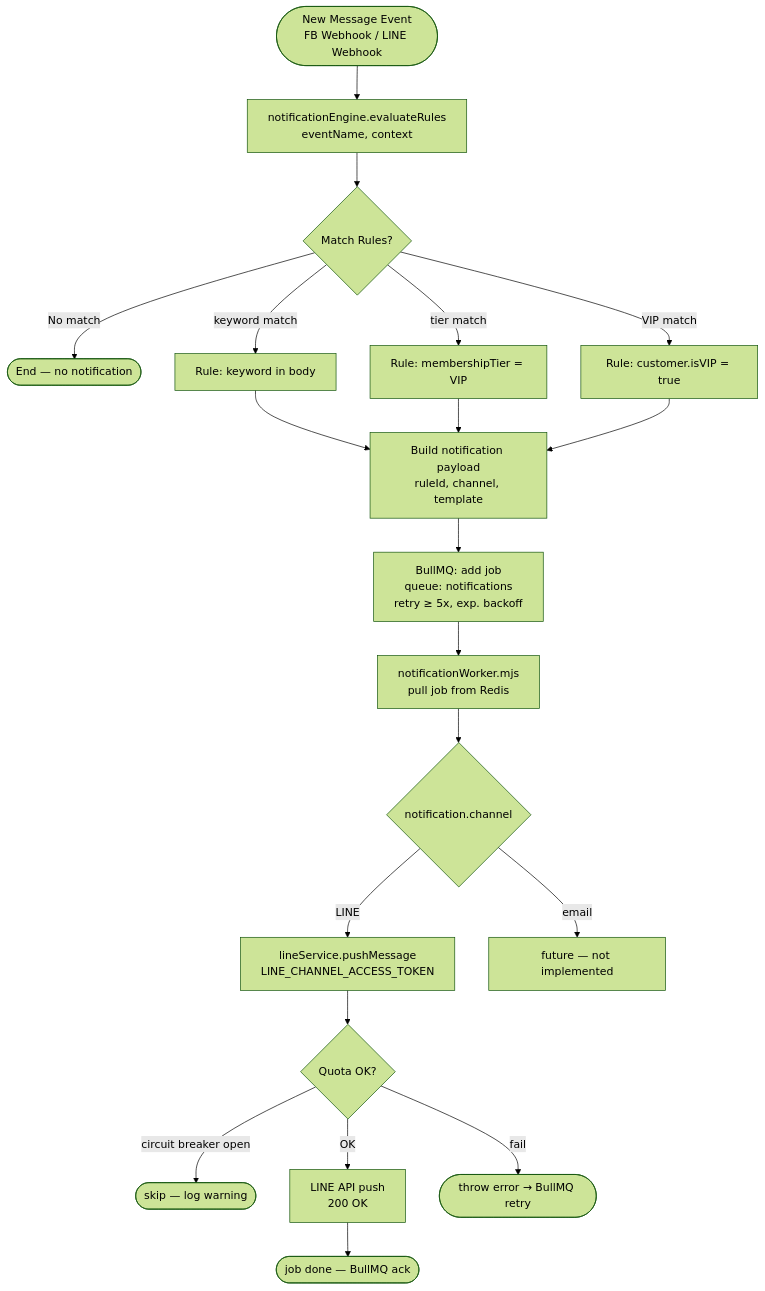
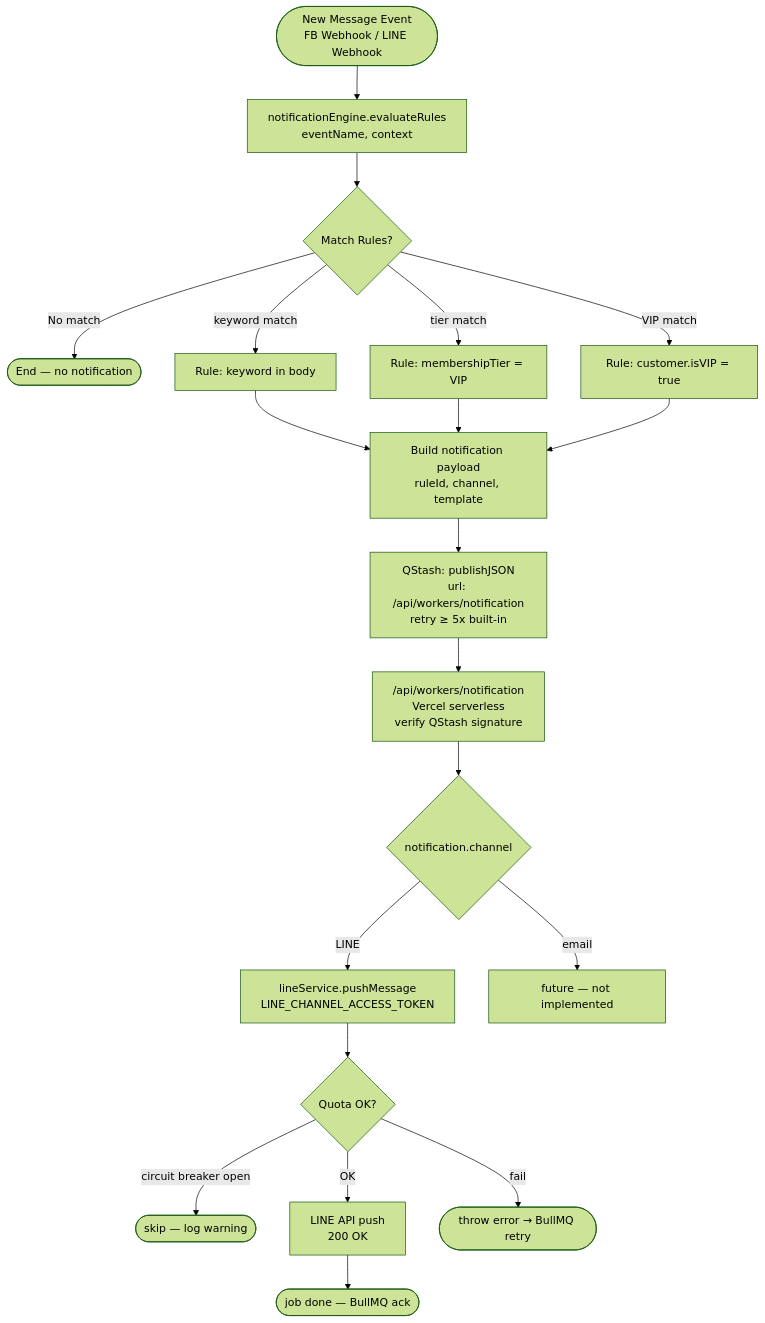
Before and after one commit to Freshair129/crmapp: the third of 10 diagrams in docs/architecture/domain-flows.md, drawn with Mermaid (forest theme). The commit also changed other lines of this file and 97 other files, not shown here.

````diff
--- a/docs/architecture/domain-flows.md
+++ b/docs/architecture/domain-flows.md
@@ -90,27 +91,27 @@
 ```mermaid
 flowchart TD
     A(["New Message Event<br/>FB Webhook / LINE Webhook"]) --> B["notificationEngine.evaluateRules<br/>eventName, context"]
 
     B --> C{Match Rules?}
     C -- No match --> D([End — no notification])
 
     C -- keyword match --> E[Rule: keyword in body]
     C -- tier match --> F[Rule: membershipTier = VIP]
     C -- VIP match --> G[Rule: customer.isVIP = true]
 
     E & F & G --> H["Build notification payload<br/>ruleId, channel, template"]
 
-    H --> I["BullMQ: add job<br/>queue: notifications<br/>retry ≥ 5x, exp. backoff"]
+    H --> I["QStash: publishJSON<br/>url: /api/workers/notification<br/>retry ≥ 5x built-in"]
 
-    I --> J["notificationWorker.mjs<br/>pull job from Redis"]
+    I --> J["/api/workers/notification<br/>Vercel serverless<br/>verify QStash signature"]
 
     J --> K{notification.channel}
     K -- LINE --> L["lineService.pushMessage<br/>LINE_CHANNEL_ACCESS_TOKEN"]
     K -- email --> M[future — not implemented]
 
     L --> N{Quota OK?}
     N -- circuit breaker open --> O([skip — log warning])
     N -- OK --> P["LINE API push<br/>200 OK"]
     P --> Q([job done — BullMQ ack])
     N -- fail --> R([throw error → BullMQ retry])
 ```
````
